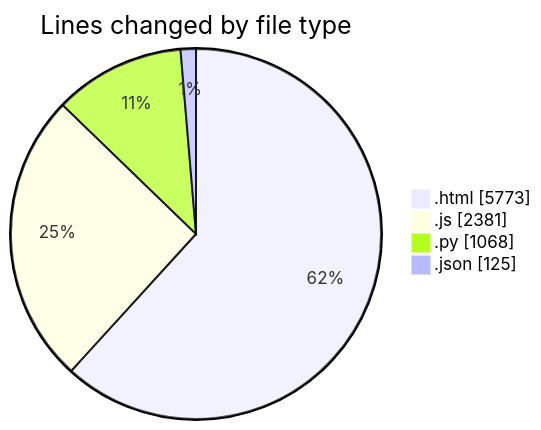
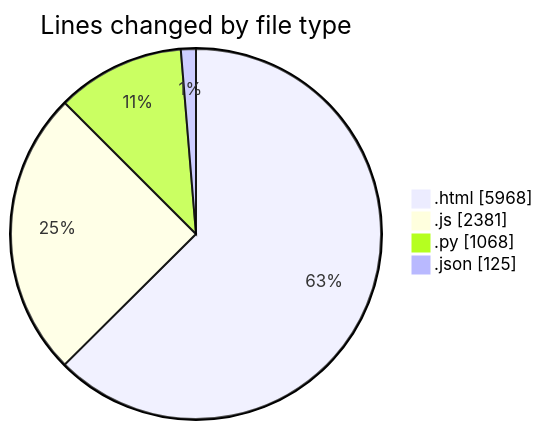
One commit to shibass792/code-tracking changed the first of 2 diagrams in 2026-07-15/shibass-ai/README.md. Above: the diagram before and after it, drawn with Mermaid. The commit also changed other lines of this file and 1 other file, not shown here.

````diff
--- a/2026-07-15/shibass-ai/README.md
+++ b/2026-07-15/shibass-ai/README.md
@@ -30,8 +31,8 @@
 ```mermaid
 pie showData
 title Lines changed by file type
-".html" : 5773
+".html" : 5968
 ".js" : 2381
 ".py" : 1068
 ".json" : 125
 ```
````
